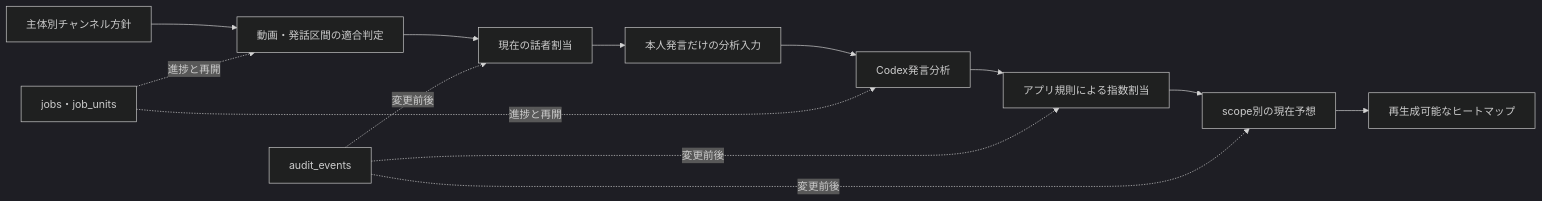
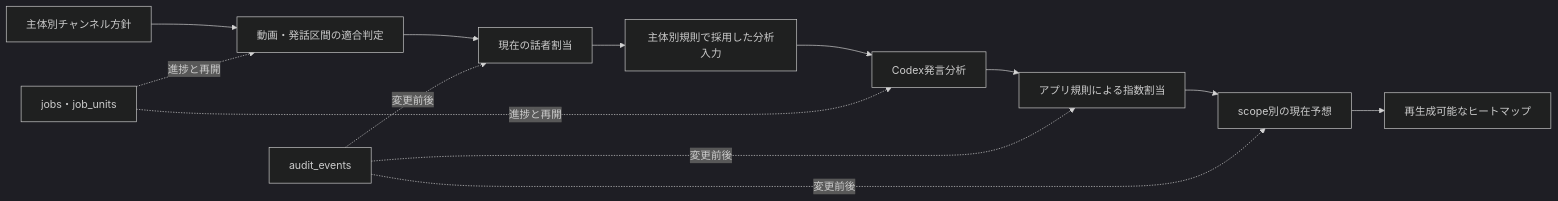
Before and after one commit to baiputaojiu/market-voice-forecast-ledger: the diagram in docs/superpowers/specs/2026-08-14-core-data-model-design.md, drawn with Mermaid (dark theme). The commit also changed other lines of this file and 5 other files, not shown here.

````diff
--- a/docs/superpowers/specs/2026-08-14-core-data-model-design.md
+++ b/docs/superpowers/specs/2026-08-14-core-data-model-design.md
@@ -57,15 +65,15 @@
 ```mermaid
 flowchart LR
     Z["主体別チャンネル方針"] --> A["動画・発話区間の適合判定"]
     A --> B["現在の話者割当"]
-    B --> C["本人発言だけの分析入力"]
+    B --> C["主体別規則で採用した分析入力"]
     C --> D["Codex発言分析"]
     D --> E["アプリ規則による指数割当"]
     E --> F["scope別の現在予想"]
     F --> G["再生成可能なヒートマップ"]
     H["jobs・job_units"] -.進捗と再開.-> A
     H -.進捗と再開.-> D
     I["audit_events"] -.変更前後.-> B
     I -.変更前後.-> E
     I -.変更前後.-> F
 ```
````
